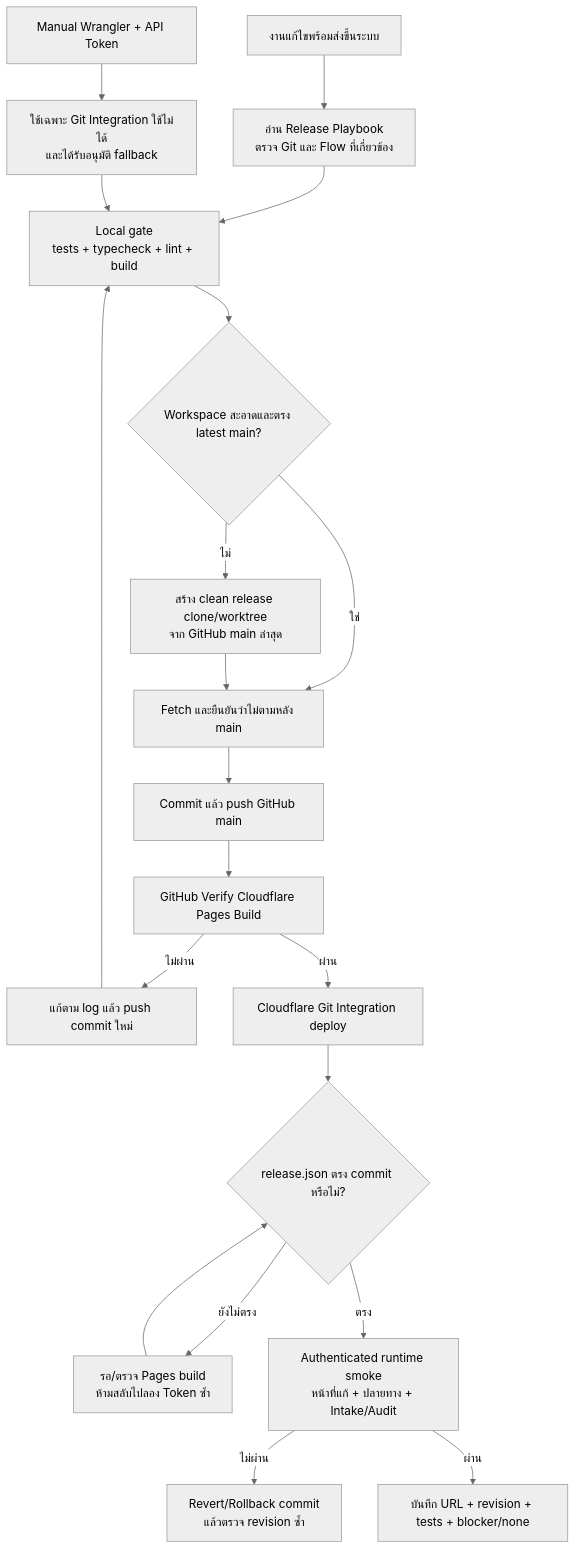
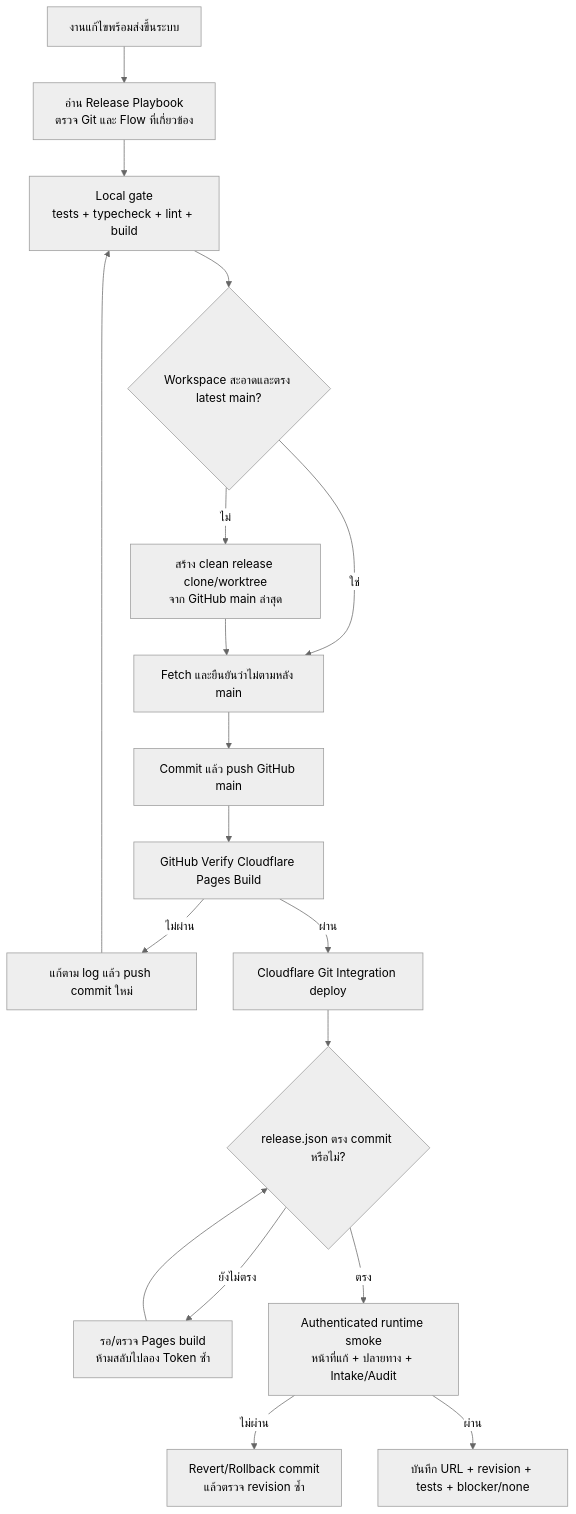
The diagram in docs/RELEASE_INCIDENT_PLAYBOOK.md (paramonjong-afk/WisdomAI), drawn with Mermaid (neutral theme) before and after one commit. The commit also changed other lines of this file and 6 other files, not shown here.

````diff
--- a/docs/RELEASE_INCIDENT_PLAYBOOK.md
+++ b/docs/RELEASE_INCIDENT_PLAYBOOK.md
@@ -1,22 +1,20 @@
 ```mermaid
 flowchart TD
   A[งานแก้ไขพร้อมส่งขึ้นระบบ] --> B[อ่าน Release Playbook<br/>ตรวจ Git และ Flow ที่เกี่ยวข้อง]
   B --> C[Local gate<br/>tests + typecheck + lint + build]
   C --> D{Workspace สะอาดและตรง latest main?}
   D -->|ไม่| E[สร้าง clean release clone/worktree<br/>จาก GitHub main ล่าสุด]
   D -->|ใช่| F[Fetch และยืนยันว่าไม่ตามหลัง main]
   E --> F
   F --> G[Commit แล้ว push GitHub main]
   G --> H[GitHub Verify Cloudflare Pages Build]
   H -->|ไม่ผ่าน| I[แก้ตาม log แล้ว push commit ใหม่]
   I --> C
   H -->|ผ่าน| J[Cloudflare Git Integration deploy]
   J --> K{release.json ตรง commit หรือไม่?}
   K -->|ยังไม่ตรง| L[รอ/ตรวจ Pages build<br/>ห้ามสลับไปลอง Token ซ้ำ]
   L --> K
   K -->|ตรง| M[Authenticated runtime smoke<br/>หน้าที่แก้ + ปลายทาง + Intake/Audit]
   M -->|ไม่ผ่าน| N[Revert/Rollback commit<br/>แล้วตรวจ revision ซ้ำ]
   M -->|ผ่าน| O[บันทึก URL + revision + tests + blocker/none]
-  P[Manual Wrangler + API Token] --> Q[ใช้เฉพาะ Git Integration ใช้ไม่ได้<br/>และได้รับอนุมัติ fallback]
-  Q --> C
 ```
````
